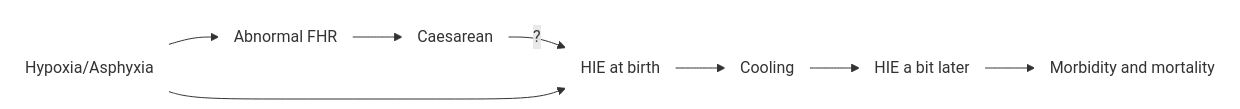
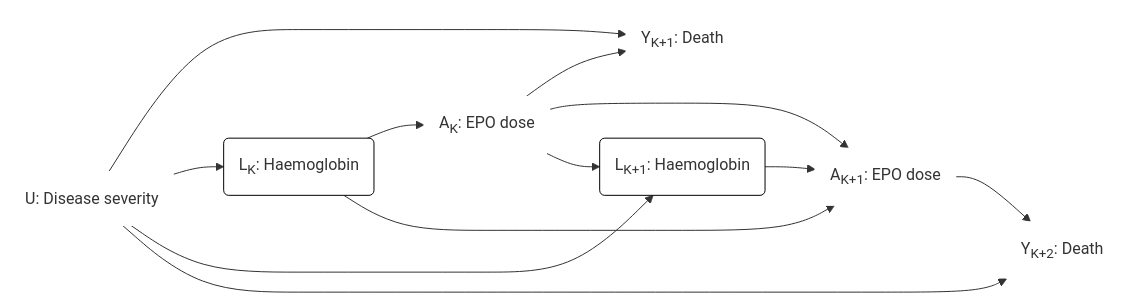
One commit to birth-outcomes/birth_outcomes_summary changed diagram 22 of 22 in book_birth_outcomes_summary/design_causal.md. Above: the diagram before and after it, drawn with Mermaid. The commit also changed other lines of this file and 3 other files, not shown here.

`````diff
--- a/book_birth_outcomes_summary/design_causal.md
+++ b/book_birth_outcomes_summary/design_causal.md
@@ -677,24 +594,26 @@
 ````{mermaid}
   flowchart LR;
 
-    A("Caesarean"):::white;
-    Y("HIE at birth"):::white;
-    U("Hypoxia/Asphyxia"):::white;
-    L("Abnormal FHR"):::white;
-    Cool("Cooling"):::white;
-    Ylater("HIE a bit later"):::white;
-    Dis("Morbidity and mortality"):::white;
+    ak("A<sub>K</sub>: EPO dose"):::white;
+    ak1("A<sub>K+1</sub>: EPO dose"):::white;
+    yk1("Y<sub>K+1</sub>: Death"):::white;
+    yk2("Y<sub>K+2</sub>: Death"):::white;
+    lk("L<sub>K</sub>: Haemoglobin"):::black;
+    lk1("L<sub>K+1</sub>: Haemoglobin"):::black;
+    u("U: Disease severity"):::white;
 
-    A -->|?| Y;
-    U --> L;
-    L --> A;
-    U --> Y;
-    Y --> Cool;
-    Cool --> Ylater;
-    Ylater --> Dis;
+    ak --> yk1;
+    u --> yk1;
+    u --> lk;
+    lk --> ak;
+    lk --> ak1;
+    ak --> ak1;
+    ak --> lk1;
+    u --> lk1;
+    lk1 --> ak1;
+    ak1 --> yk2;
+    u --> yk2;
 
-
-    classDef white fill:#FFFFFF, stroke:#FFFFFF;
-    classDef black fill:#FFFFFF, stroke:#000000;
-    classDef empty width:0px,height:0px;
+    classDef white fill:#FFFFFF, stroke:#FFFFFF
+    classDef black fill:#FFFFFF, stroke:#000000
 ````
`````
